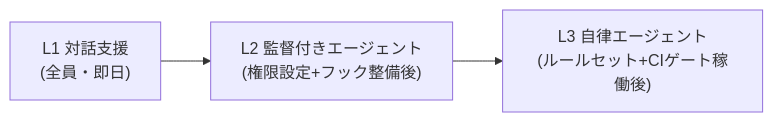
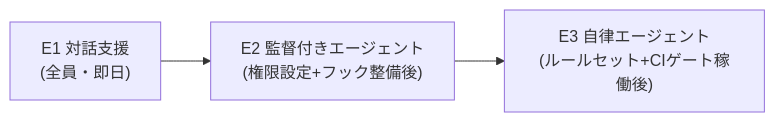
One commit to Takenori-Kusaka/process-compass changed the diagram in src/content/docs/phase5-implementation/ai-environment.md. Above: the diagram before and after it, drawn with Mermaid. The commit also changed other lines of this file and 2 other files, not shown here.

````diff
--- a/src/content/docs/phase5-implementation/ai-environment.md
+++ b/src/content/docs/phase5-implementation/ai-environment.md
@@ -83,5 +95,5 @@
 ```mermaid
 graph LR
-  A["L1 対話支援<br>(全員・即日)"] --> B["L2 監督付きエージェント<br>(権限設定+フック整備後)"]
-  B --> C["L3 自律エージェント<br>(ルールセット+CIゲート稼働後)"]
+  A["E1 対話支援<br>(全員・即日)"] --> B["E2 監督付きエージェント<br>(権限設定+フック整備後)"]
+  B --> C["E3 自律エージェント<br>(ルールセット+CIゲート稼働後)"]
 ```
````
